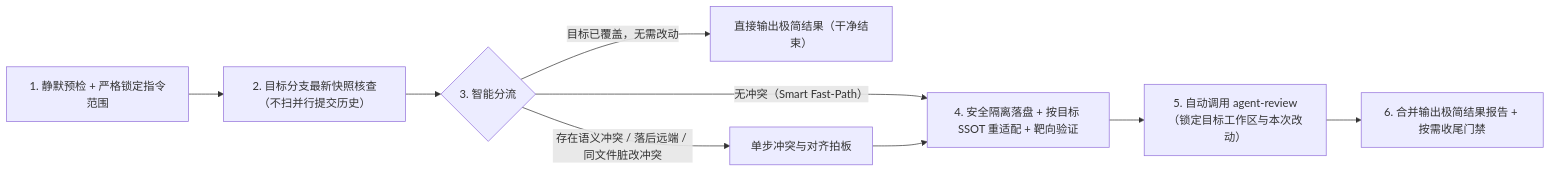
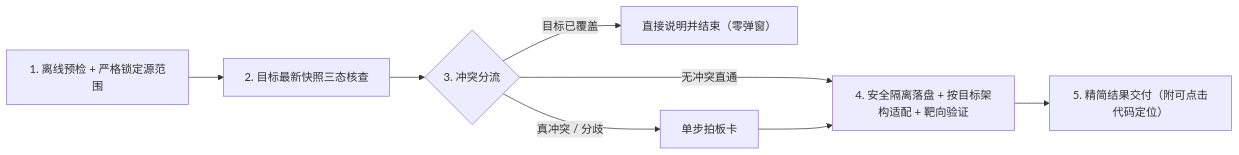
The diagram in skills/code-sync/README.zh-CN.md (lastxuanain/ainward-skills), drawn with Mermaid before and after one commit. The commit also changed other lines of this file and 25 other files, not shown here.

````diff
--- a/skills/code-sync/README.zh-CN.md
+++ b/skills/code-sync/README.zh-CN.md
@@ -30,11 +17,10 @@
 ```mermaid
 flowchart LR
-    A["1. 静默预检 + 严格锁定指令范围"] --> B["2. 目标分支最新快照核查（不扫并行提交历史）"]
-    B --> C{"3. 智能分流"}
-    C -- "目标已覆盖，无需改动" --> Z["直接输出极简结果（干净结束）"]
-    C -- "存在语义冲突 / 落后远端 / 同文件脏改冲突" --> D["单步冲突与对齐拍板"]
-    C -- "无冲突（Smart Fast-Path）" --> E["4. 安全隔离落盘 + 按目标 SSOT 重适配 + 靶向验证"]
+    A["1. 离线预检 + 严格锁定源范围"] --> B["2. 目标最新快照三态核查"]
+    B --> C{"3. 冲突分流"}
+    C -- "目标已覆盖" --> Z["直接说明并结束（零弹窗）"]
+    C -- "真冲突 / 分歧" --> D["单步拍板卡"]
+    C -- "无冲突直通" --> E["4. 安全隔离落盘 + 按目标架构适配 + 靶向验证"]
     D --> E
-    E --> F["5. 自动调用 agent-review（锁定目标工作区与本次改动）"]
-    F --> G["6. 合并输出极简结果报告 + 按需收尾门禁"]
+    E --> F["5. 精简结果交付（附可点击代码定位）"]
 ```
````
